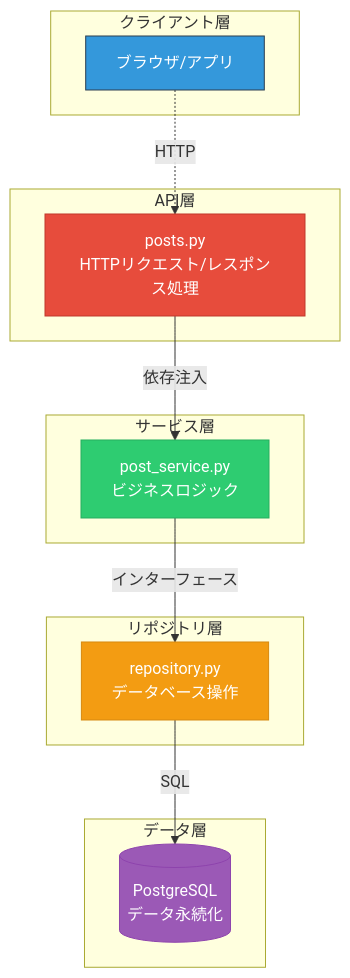
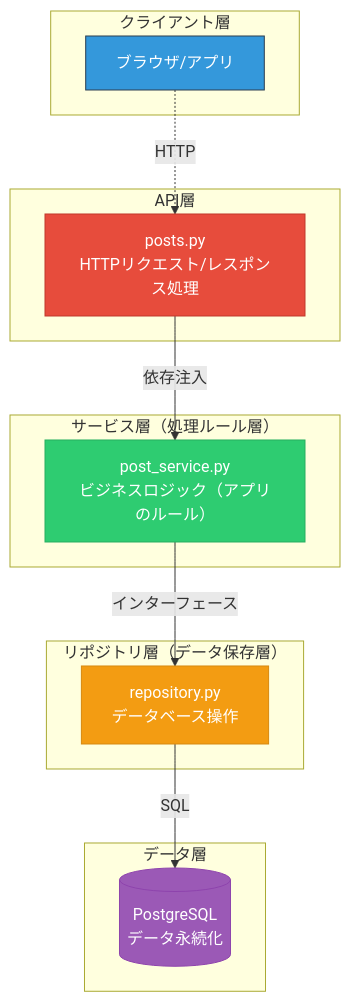
The fourth of 7 diagrams in lecture-materials.md (KITA-DS12/web-app-mvp), drawn with Mermaid before and after one commit. The commit also changed other lines of this file, not shown here.

````diff
--- a/lecture-materials.md
+++ b/lecture-materials.md
@@ -542,39 +548,39 @@
 ```mermaid
 graph TB
     subgraph "クライアント層"
         C[ブラウザ/アプリ]
     end
     
     subgraph "API層"
         A[posts.py<br/>HTTPリクエスト/レスポンス処理]
     end
     
-    subgraph "サービス層"
-        S[post_service.py<br/>ビジネスロジック]
+    subgraph "サービス層（処理ルール層）"
+        S[post_service.py<br/>ビジネスロジック（アプリのルール）]
     end
     
-    subgraph "リポジトリ層"
+    subgraph "リポジトリ層（データ保存層）"
         R[repository.py<br/>データベース操作]
     end
     
     subgraph "データ層"
         D[(PostgreSQL<br/>データ永続化)]
     end
     
     C -.->|HTTP| A
     A -->|依存注入| S
     S -->|インターフェース| R
     R -->|SQL| D
     
     classDef client fill:#3498db,stroke:#2c3e50,color:#fff
     classDef api fill:#e74c3c,stroke:#c0392b,color:#fff
     classDef service fill:#2ecc71,stroke:#27ae60,color:#fff
     classDef repo fill:#f39c12,stroke:#d68910,color:#fff
     classDef db fill:#9b59b6,stroke:#8e44ad,color:#fff
     
     class C client
     class A api
     class S service
     class R repo
     class D db
 ```
````
